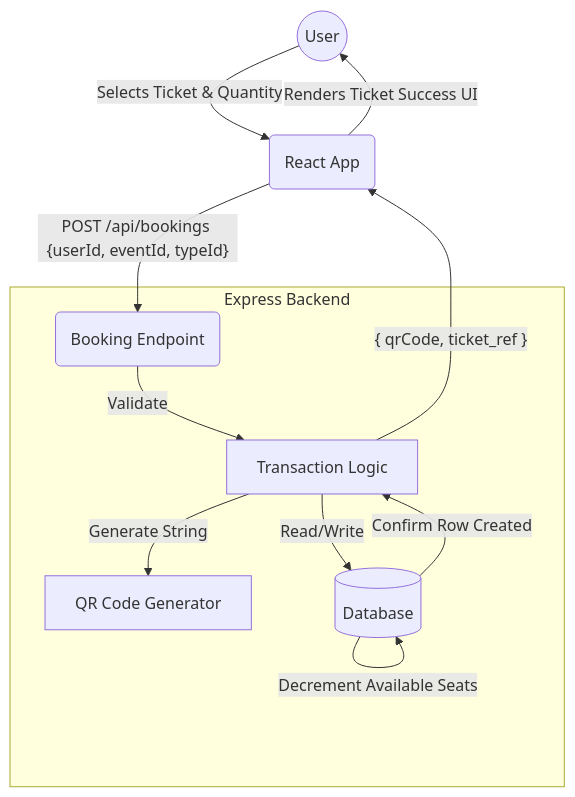
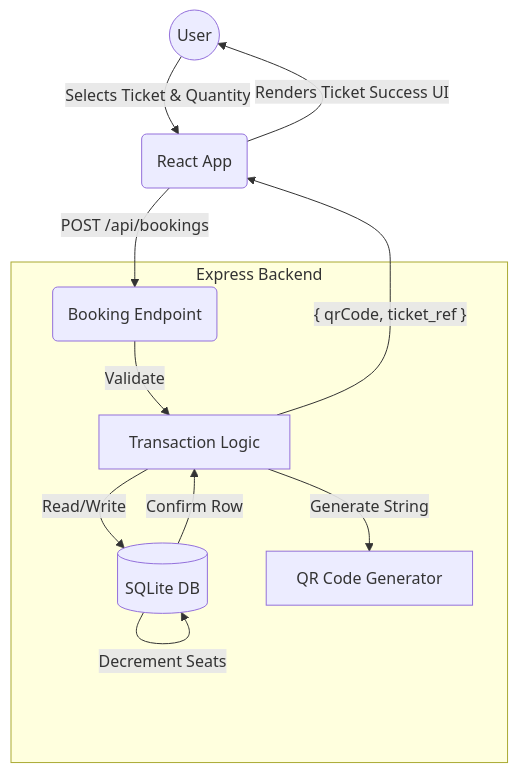
One commit to Ktripathi2611/event-hub changed the second of 2 diagrams in README.md. Above: the diagram before and after it, drawn with Mermaid. The commit also changed other lines of this file, not shown here.

````diff
--- a/README.md
+++ b/README.md
@@ -303,16 +111,16 @@
 ```mermaid
 flowchart TD
     User((User)) -- Selects Ticket & Quantity --> Frontend("React App")
-    Frontend -- "POST /api/bookings {userId, eventId, typeId}" --> BookingAPI("Booking Endpoint")
+    Frontend -- "POST /api/bookings" --> BookingAPI("Booking Endpoint")
     
     subgraph Express Backend
         BookingAPI -- Validate --> Logic["Transaction Logic"]
+        Logic -- Read/Write --> SQLite[(SQLite DB)]
         Logic -- Generate String --> QR["QR Code Generator"]
-        Logic -- Read/Write --> SQLite[(Database)]
     end
     
-    SQLite -- Decrement Available Seats --> SQLite
-    SQLite -- Confirm Row Created --> Logic
+    SQLite -- Decrement Seats --> SQLite
+    SQLite -- Confirm Row --> Logic
     Logic -- "{ qrCode, ticket_ref }" --> Frontend
     Frontend -- "Renders Ticket Success UI" --> User
 ```
````
